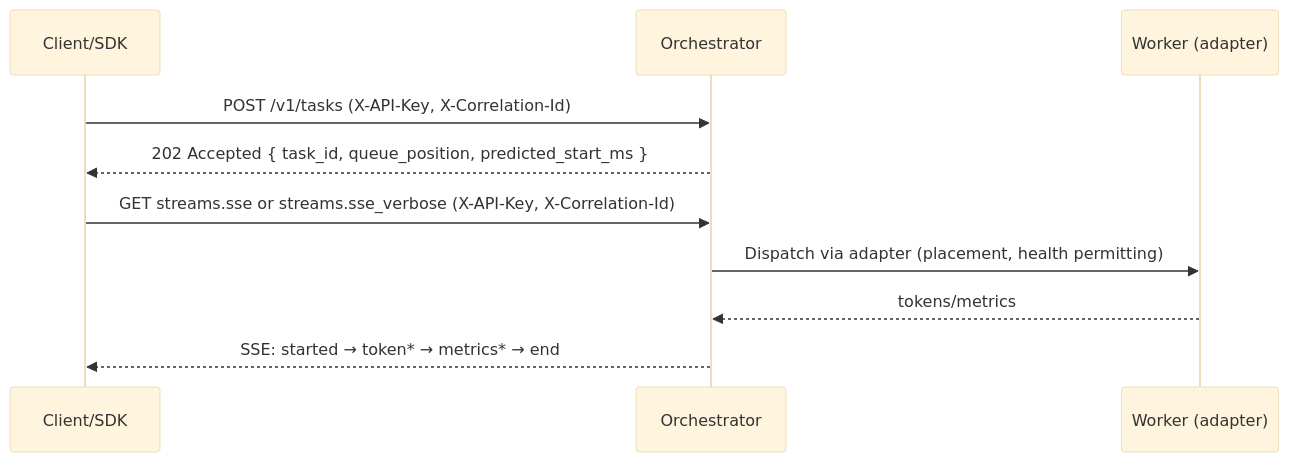
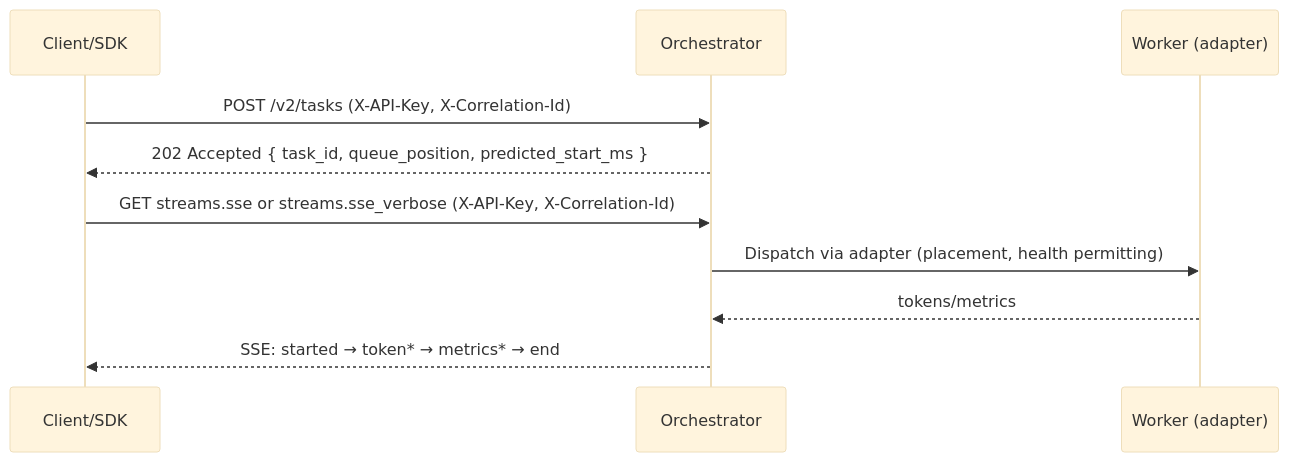
The diagram in consumers/llama-orch-sdk/CLIENT_HANDBOOK.md (veighnsche/llama-orch), drawn with Mermaid (base theme) before and after one commit. The commit also changed other lines of this file and 18 other files, not shown here.

````diff
--- a/consumers/llama-orch-sdk/CLIENT_HANDBOOK.md
+++ b/consumers/llama-orch-sdk/CLIENT_HANDBOOK.md
@@ -25,13 +25,13 @@
 ```mermaid
 sequenceDiagram
   participant C as Client/SDK
   participant O as Orchestrator
   participant W as Worker (adapter)
 
-  C->>O: POST /v1/tasks (X-API-Key, X-Correlation-Id)
+  C->>O: POST /v2/tasks (X-API-Key, X-Correlation-Id)
   O-->>C: 202 Accepted { task_id, queue_position, predicted_start_ms }
   C->>O: GET streams.sse or streams.sse_verbose (X-API-Key, X-Correlation-Id)
   O->>W: Dispatch via adapter (placement, health permitting)
   W-->>O: tokens/metrics
   O-->>C: SSE: started → token* → metrics* → end
 ```
````
